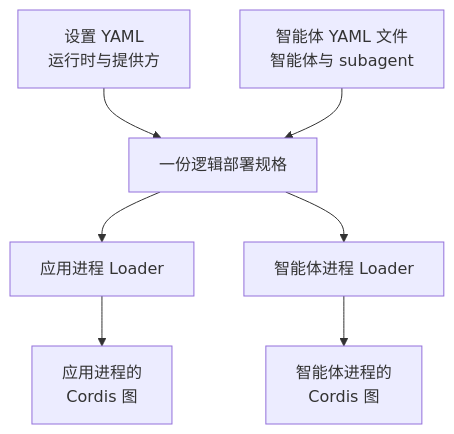
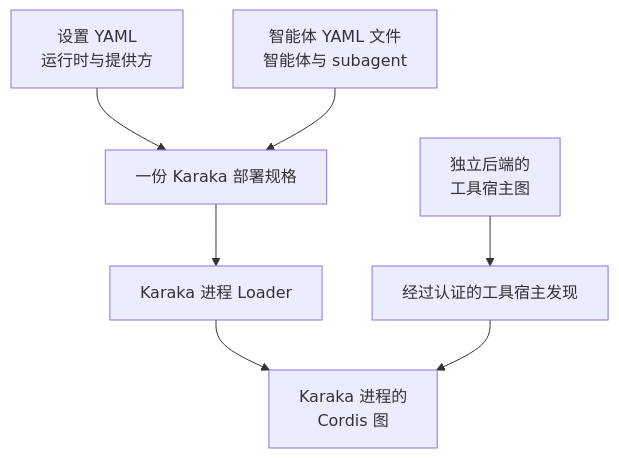
One commit to karaka-ai/karaka changed the first of 6 diagrams in docs/architecture.zh.md. Above: the diagram before and after it, drawn with Mermaid. The commit also changed other lines of this file and 2 other files, not shown here.

Commit message:
docs: define agent plugin compositions

````diff
--- a/docs/architecture.zh.md
+++ b/docs/architecture.zh.md
@@ -26,17 +26,17 @@
 ```mermaid
 flowchart TB
   Setup["设置 YAML<br/>运行时与提供方"]
   Agents["智能体 YAML 文件<br/>智能体与 subagent"]
-  Spec["一份逻辑部署规格"]
-  AppLoader["应用进程 Loader"]
-  AgentLoader["智能体进程 Loader"]
-  AppGraph["应用进程的<br/>Cordis 图"]
-  AgentGraph["智能体进程的<br/>Cordis 图"]
+  Spec["一份 Karaka 部署规格"]
+  AgentLoader["Karaka 进程 Loader"]
+  AgentGraph["Karaka 进程的<br/>Cordis 图"]
+  Discovery["经过认证的工具宿主发现"]
+  ServiceGraphs["独立后端的<br/>工具宿主图"]
 
   Setup --> Spec
   Agents --> Spec
-  Spec --> AppLoader
   Spec --> AgentLoader
-  AppLoader --> AppGraph
   AgentLoader --> AgentGraph
+  ServiceGraphs --> Discovery
+  Discovery --> AgentGraph
 ```
````
